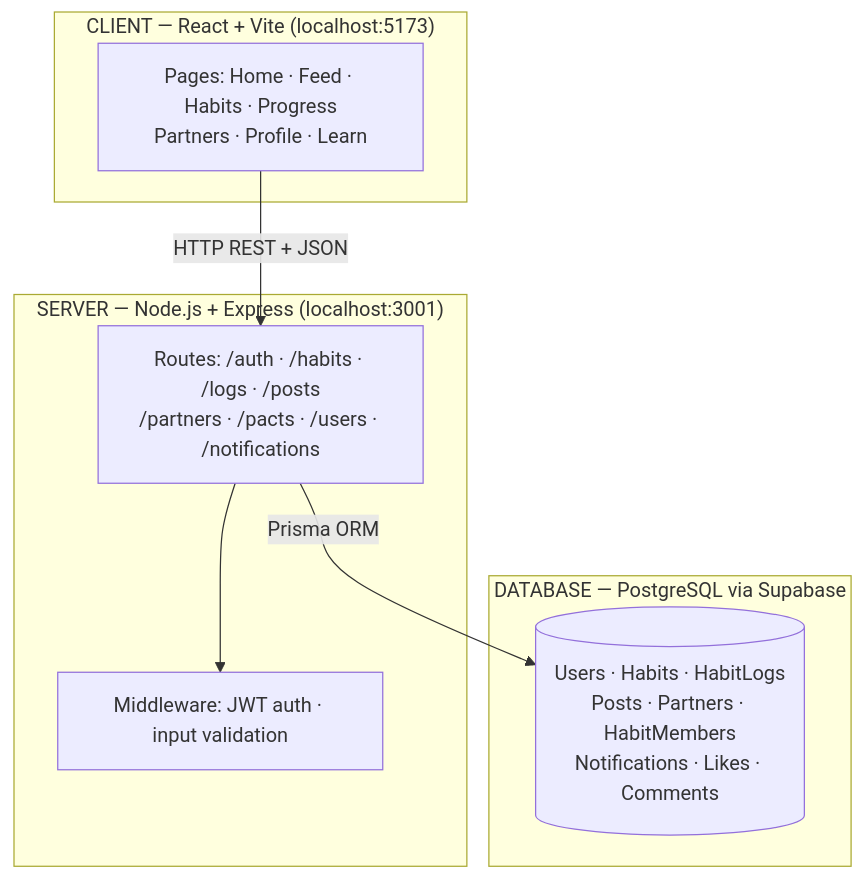
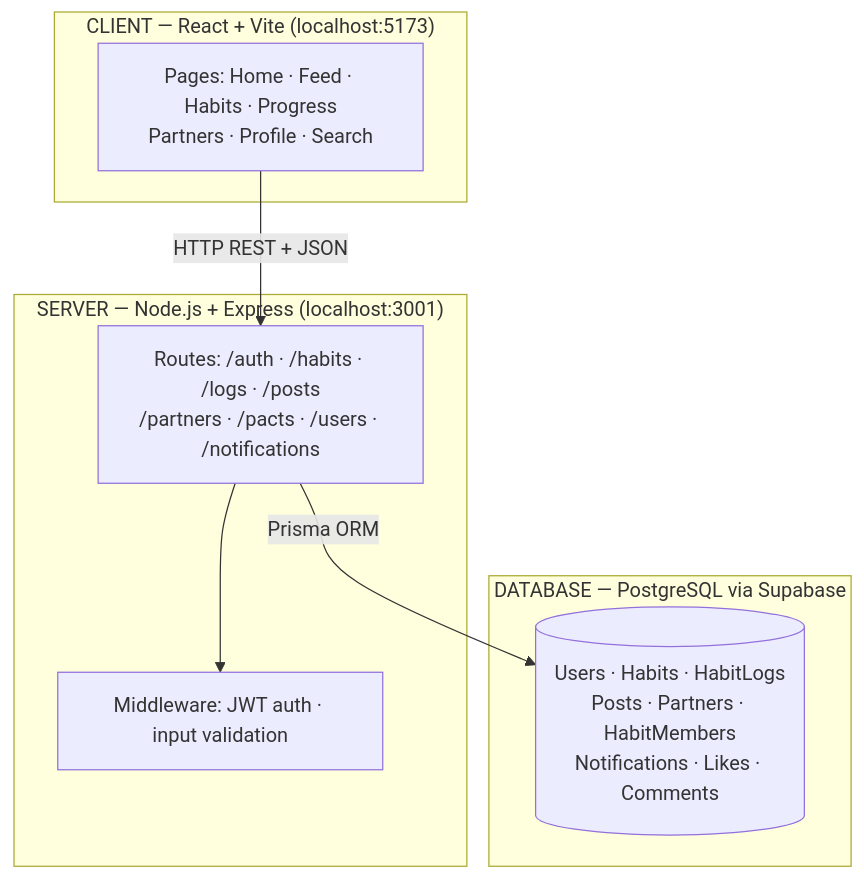
Before and after one commit to kevincoj/DayOnes: the first of 2 diagrams in README.md, drawn with Mermaid. The commit also changed other lines of this file, not shown here.

````diff
--- a/README.md
+++ b/README.md
@@ -60,19 +50,19 @@
 ```mermaid
 graph TD
   subgraph CLIENT["CLIENT — React + Vite (localhost:5173)"]
-    A[Pages: Home · Feed · Habits · Progress\nPartners · Profile · Learn]
+    A[Pages: Home · Feed · Habits · Progress\nPartners · Profile · Search]
   end
 
   subgraph SERVER["SERVER — Node.js + Express (localhost:3001)"]
     B[Routes: /auth · /habits · /logs · /posts\n/partners · /pacts · /users · /notifications]
     C[Middleware: JWT auth · input validation]
   end
 
   subgraph DB["DATABASE — PostgreSQL via Supabase"]
     D[(Users · Habits · HabitLogs\nPosts · Partners · HabitMembers\nNotifications · Likes · Comments)]
   end
 
   A -- "HTTP REST + JSON" --> B
   B --> C
   B -- "Prisma ORM" --> D
 ```
````
